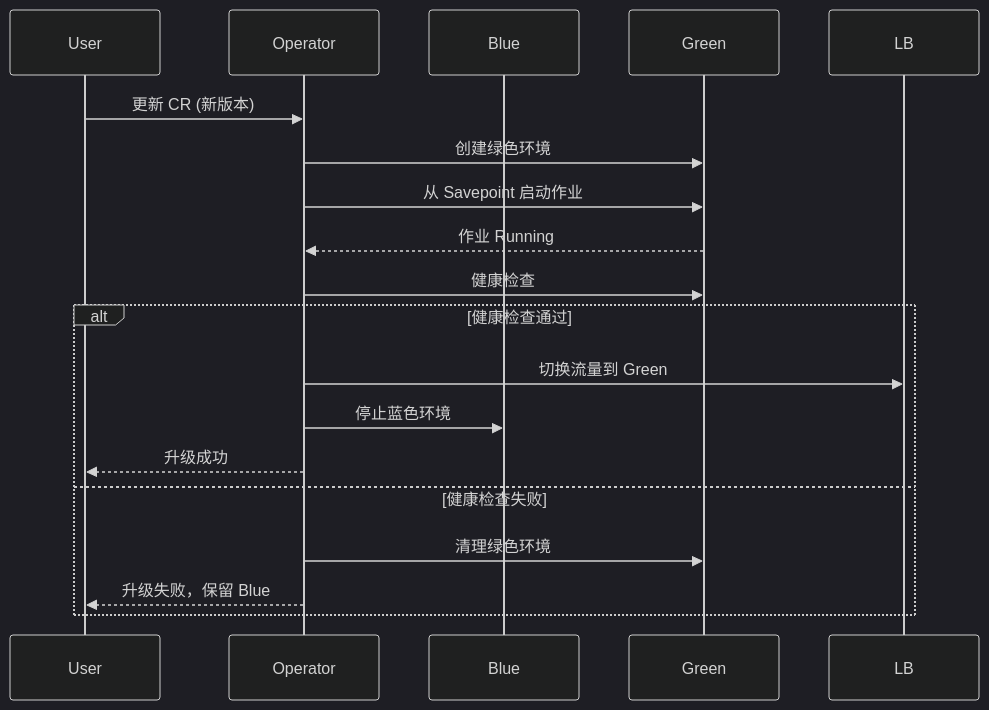
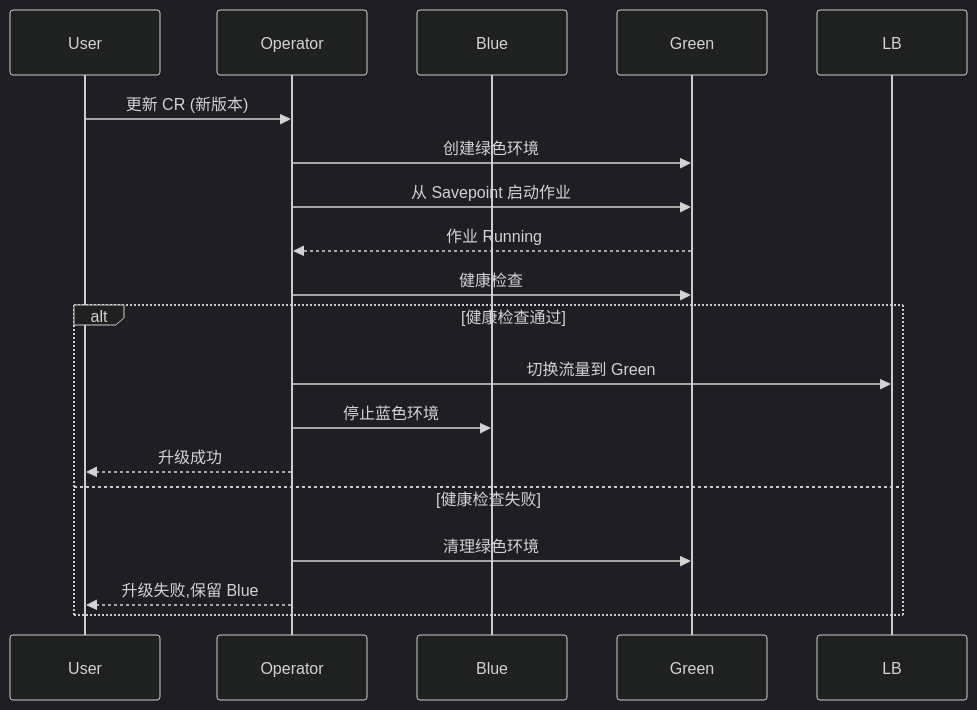
The fourth of 8 diagrams in Flink/04-runtime/04.01-deployment/flink-deployment-ops-complete-guide.md (AdaMartin18010/AnalysisDataFlow), drawn with Mermaid (dark theme) before and after one commit. The commit also changed other lines of this file and 634 other files, not shown here.

````diff
--- a/Flink/04-runtime/04.01-deployment/flink-deployment-ops-complete-guide.md
+++ b/Flink/04-runtime/04.01-deployment/flink-deployment-ops-complete-guide.md
@@ -558,22 +558,22 @@
 ```mermaid
 sequenceDiagram
     participant User
     participant Operator
     participant Blue
     participant Green
     participant LB
 
     User->>Operator: 更新 CR (新版本)
     Operator->>Green: 创建绿色环境
     Operator->>Green: 从 Savepoint 启动作业
     Green-->>Operator: 作业 Running
     Operator->>Green: 健康检查
     alt 健康检查通过
         Operator->>LB: 切换流量到 Green
         Operator->>Blue: 停止蓝色环境
         Operator-->>User: 升级成功
     else 健康检查失败
         Operator->>Green: 清理绿色环境
-        Operator-->>User: 升级失败，保留 Blue
+        Operator-->>User: 升级失败,保留 Blue
     end
 ```
````
